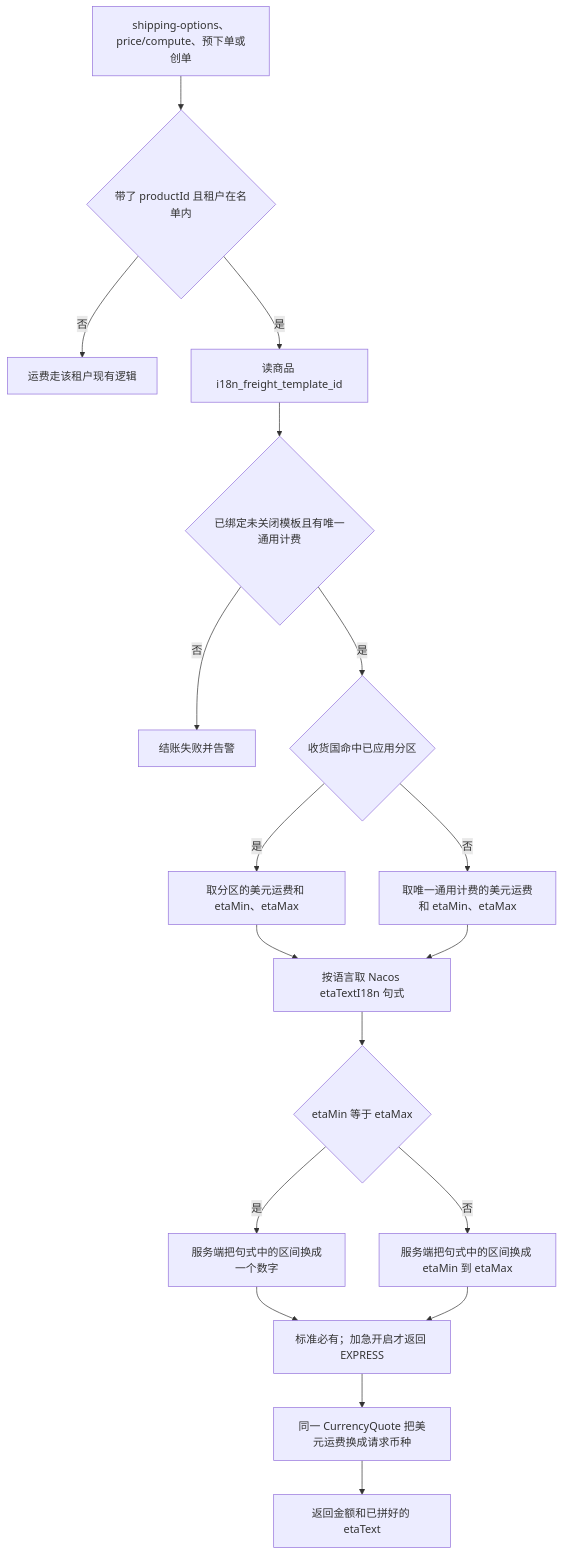
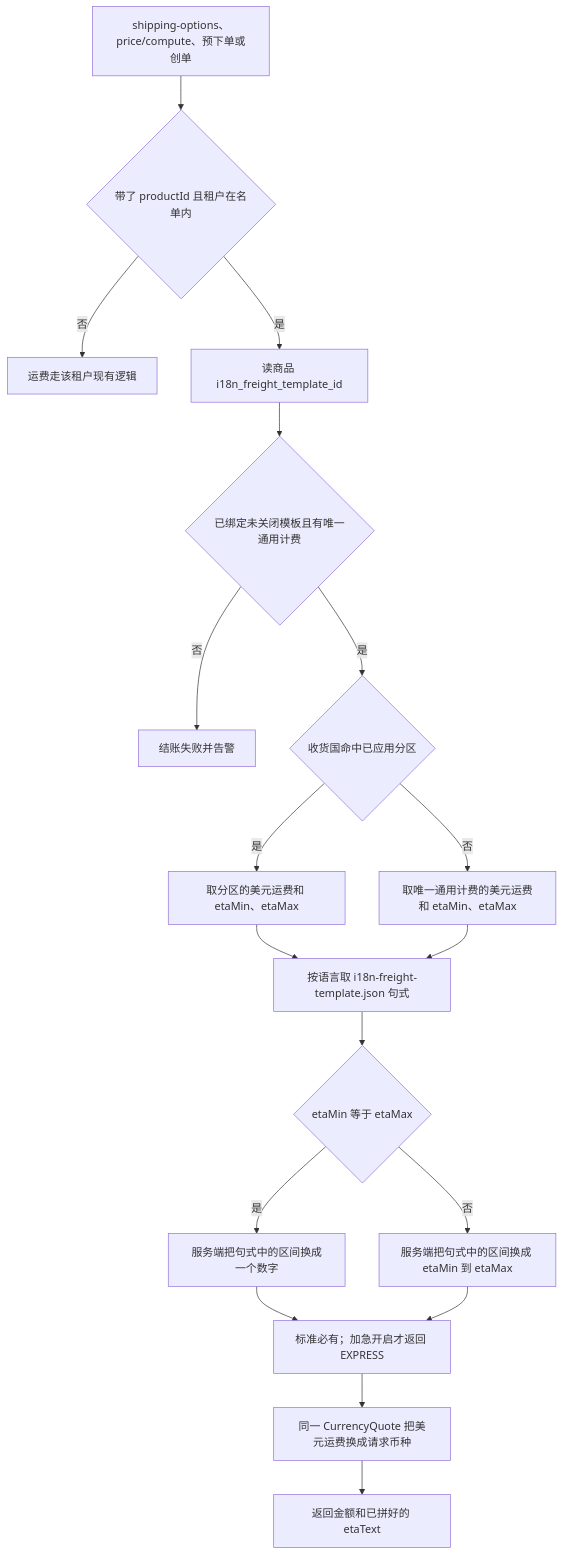
Before and after one commit to HanyuKing/learn-jdk: the fourth of 6 diagrams in docs/运费与汇率配置/【海外后台】运费、币种汇率配置-技术设计.md, drawn with Mermaid. The commit also changed other lines of this file and 2 other files, not shown here.

````diff
--- a/docs/运费与汇率配置/【海外后台】运费、币种汇率配置-技术设计.md
+++ b/docs/运费与汇率配置/【海外后台】运费、币种汇率配置-技术设计.md
@@ -97,20 +97,20 @@
 ```mermaid
 flowchart TD
     req[shipping-options、price/compute、预下单或创单] --> gate{带了 productId 且租户在名单内}
     gate -->|否| oldFee[运费走该租户现有逻辑]
     gate -->|是| loadProduct[读商品 i18n_freight_template_id]
     loadProduct --> bound{已绑定未关闭模板且有唯一通用计费}
     bound -->|否| fail[结账失败并告警]
     bound -->|是| match{收货国命中已应用分区}
     match -->|是| zoneFee[取分区的美元运费和 etaMin、etaMax]
     match -->|否| generalFee[取唯一通用计费的美元运费和 etaMin、etaMax]
-    zoneFee --> copy[按语言取 Nacos etaTextI18n 句式]
+    zoneFee --> copy[按语言取 i18n-freight-template.json 句式]
     generalFee --> copy
     copy --> days{etaMin 等于 etaMax}
     days -->|是| oneNum["服务端把句式中的区间换成一个数字"]
     days -->|否| twoNum["服务端把句式中的区间换成 etaMin 到 etaMax"]
     oneNum --> methods[标准必有；加急开启才返回 EXPRESS]
     twoNum --> methods
     methods --> fx[同一 CurrencyQuote 把美元运费换成请求币种]
     fx --> resp[返回金额和已拼好的 etaText]
 ```
````
